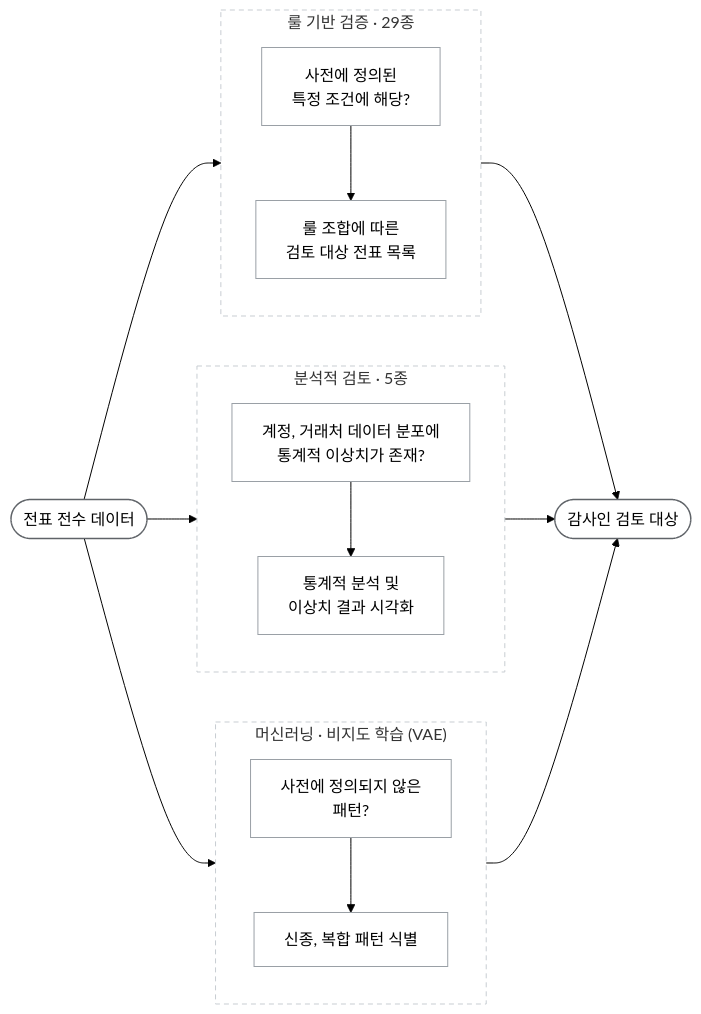
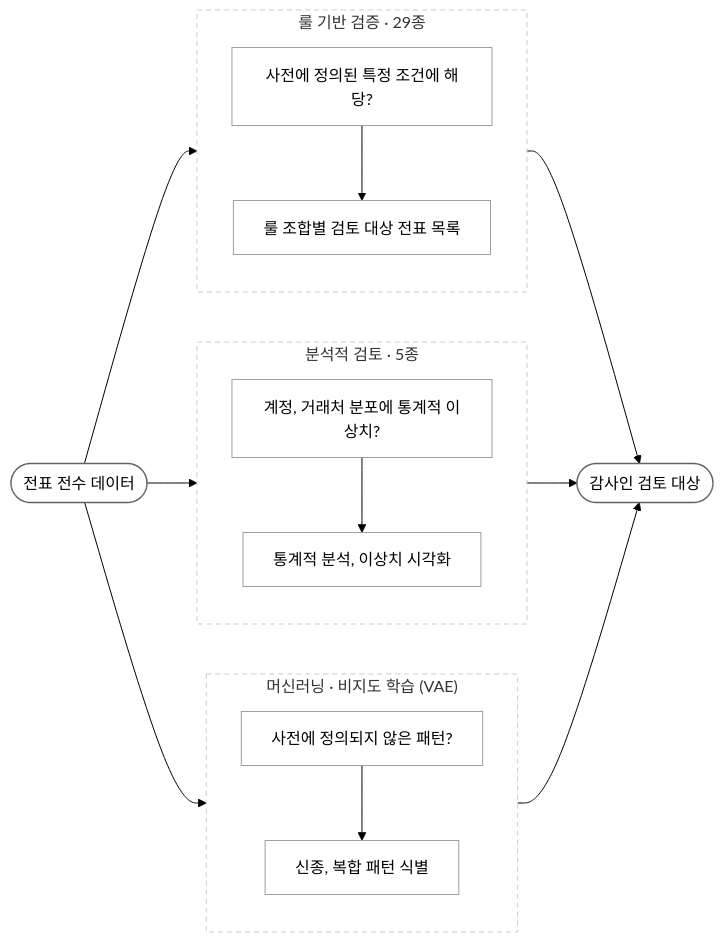
Before and after one commit to ghdtjrgns321-creator/local-ai-journal-assist: the diagram in README.md, drawn with Mermaid (forest theme).

Commit message:
docs(readme): 소개 머메이드 노드 라벨을 한 줄로 축약해 세로 폭 축소

````diff
--- a/README.md
+++ b/README.md
@@ -11,33 +11,33 @@
 ```mermaid
 flowchart LR
     IN(["전표 전수 데이터"]) --> Q3
     IN --> Q2
     IN --> Q1
 
     subgraph ML["머신러닝 · 비지도 학습 (VAE)"]
         direction TB
-        Q3["사전에 정의되지 않은<br/>패턴?"] --> O3["신종, 복합 패턴 식별"]
+        Q3["사전에 정의되지 않은 패턴?"] --> O3["신종, 복합 패턴 식별"]
     end
 
     subgraph ANALYTIC["분석적 검토 · 5종"]
         direction TB
-        Q2["계정, 거래처 데이터 분포에<br/>통계적 이상치가 존재?"] --> O2["통계적 분석 및<br/>이상치 결과 시각화"]
+        Q2["계정, 거래처 분포에 통계적 이상치?"] --> O2["통계적 분석, 이상치 시각화"]
     end
 
     subgraph RULE["룰 기반 검증 · 29종"]
         direction TB
-        Q1["사전에 정의된<br/>특정 조건에 해당?"] --> O1["룰 조합에 따른<br/>검토 대상 전표 목록"]
+        Q1["사전에 정의된 특정 조건에 해당?"] --> O1["룰 조합별 검토 대상 전표 목록"]
     end
 
     O3 --> OUT(["감사인 검토 대상"])
     O2 --> OUT
     O1 --> OUT
 
     classDef step fill:none,stroke:#9aa0a6,stroke-width:1px
     classDef port fill:none,stroke:#5f6368,stroke-width:1.5px
     class Q1,Q2,Q3,O1,O2,O3 step
     class IN,OUT port
     style RULE fill:none,stroke:#c8cdd2,stroke-dasharray:5 4
     style ANALYTIC fill:none,stroke:#c8cdd2,stroke-dasharray:5 4
     style ML fill:none,stroke:#c8cdd2,stroke-dasharray:5 4
 ```
````
